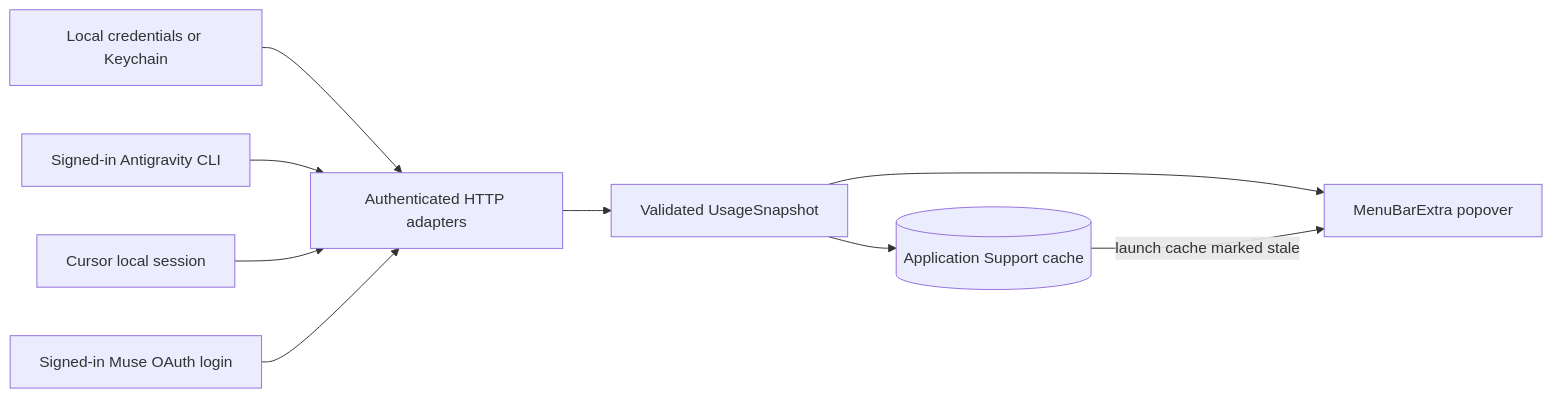
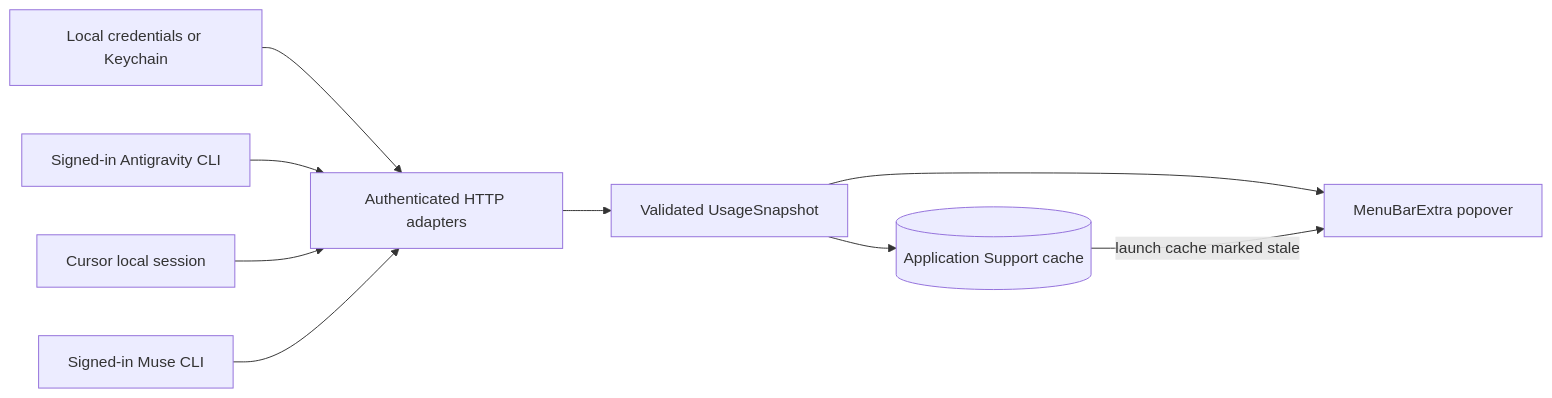
Before and after one commit to shepherdjerred/monorepo: the diagram in packages/docs/wiki/src/content/docs/explanation/quotabar.md, drawn with Mermaid. The commit also changed other lines of this file and 19 other files, not shown here.

````diff
--- a/packages/docs/wiki/src/content/docs/explanation/quotabar.md
+++ b/packages/docs/wiki/src/content/docs/explanation/quotabar.md
@@ -16,14 +16,14 @@
 ```mermaid
 flowchart LR
   accTitle: Brim quota flow
   accDescr: Provider-owned local sign-ins feed isolated adapters; validated usage snapshots are persisted and rendered as compact menu-bar sections.
 
   C[Local credentials or Keychain] --> A[Authenticated HTTP adapters]
   G[Signed-in Antigravity CLI] --> A
   S[Cursor local session] --> A
-  M[Signed-in Muse OAuth login] --> A
+  M[Signed-in Muse CLI] --> A
   A --> V[Validated UsageSnapshot]
   V --> P[(Application Support cache)]
   V --> U[MenuBarExtra popover]
   P -->|launch cache marked stale| U
 ```
````
